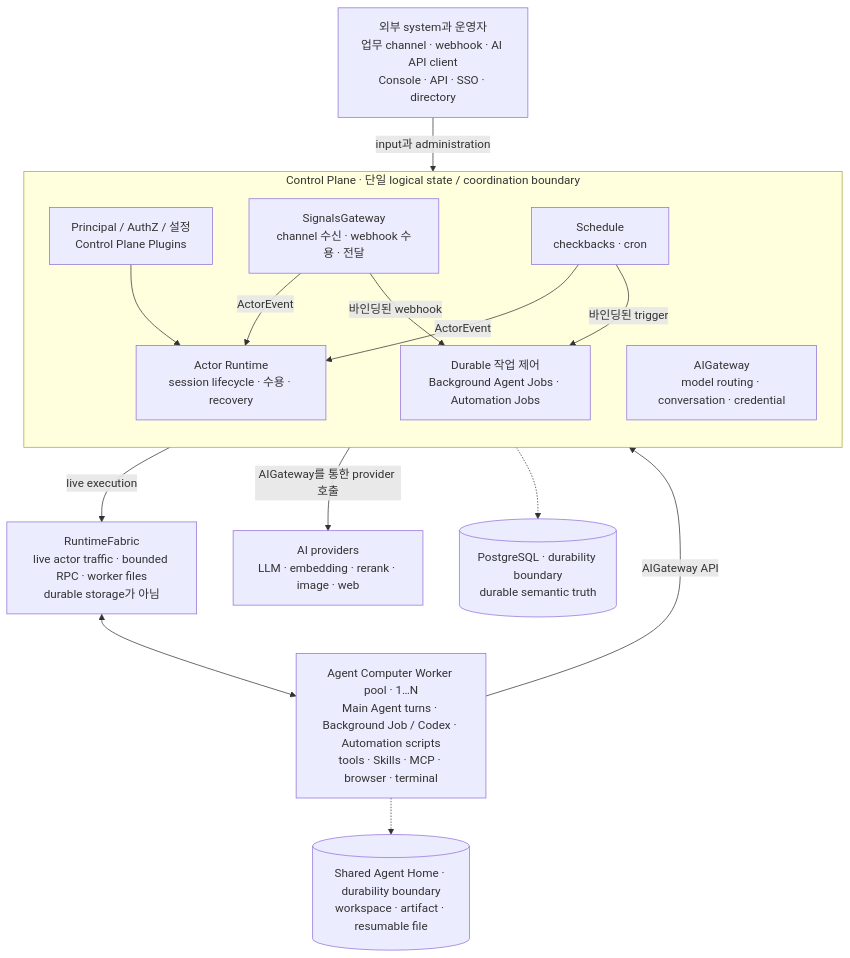
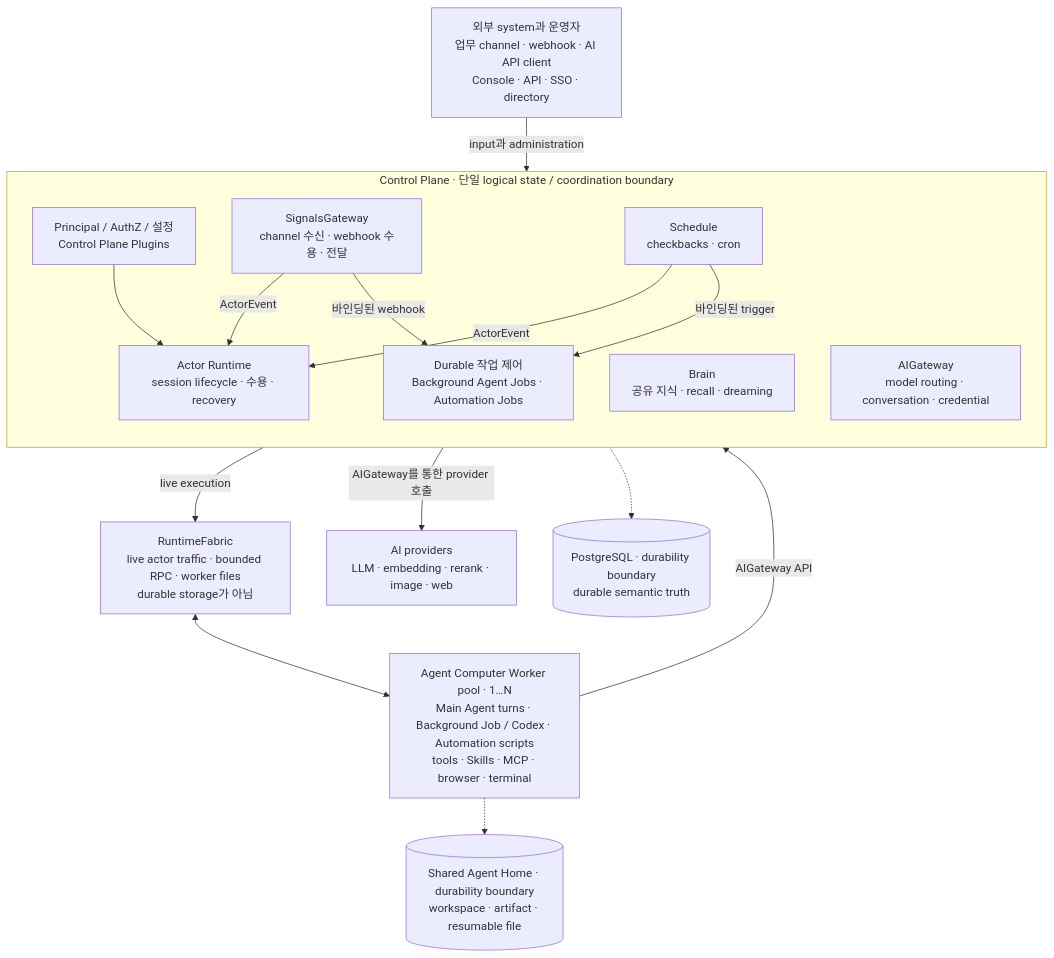
Before and after one commit to AgentBull/ankole: the diagram in README.ko.md, drawn with Mermaid. The commit also changed other lines of this file and 261 other files, not shown here.

````diff
--- a/README.ko.md
+++ b/README.ko.md
@@ -78,34 +84,35 @@
 ```mermaid
 flowchart TB
   External["외부 system과 운영자<br/>업무 channel · webhook · AI API client<br/>Console · API · SSO · directory"]
 
   subgraph Control["Control Plane · 단일 logical state / coordination boundary"]
     direction TB
     Platform["Principal / AuthZ / 설정<br/>Control Plane Plugins"]
     SG["SignalsGateway<br/>channel 수신 · webhook 수용 · 전달"]
     Schedule["Schedule<br/>checkbacks · cron"]
     Runtime["Actor Runtime<br/>session lifecycle · 수용 · recovery"]
     Jobs["Durable 작업 제어<br/>Background Agent Jobs · Automation Jobs"]
+    Brain["Brain<br/>공유 지식 · recall · dreaming"]
     AI["AIGateway<br/>model routing · conversation · credential"]
   end
 
   Fabric["RuntimeFabric<br/>live actor traffic · bounded RPC · worker files<br/>durable storage가 아님"]
   Workers["Agent Computer Worker pool · 1…N<br/>Main Agent turns · Background Job / Codex · Automation scripts<br/>tools · Skills · MCP · browser · terminal"]
   Providers["AI providers<br/>LLM · embedding · rerank · image · web"]
 
   PG[("PostgreSQL · durability boundary<br/>durable semantic truth")]
   Home[("Shared Agent Home · durability boundary<br/>workspace · artifact · resumable file")]
 
   External -->|"input과 administration"| Control
   SG -->|"ActorEvent"| Runtime
   Schedule -->|"ActorEvent"| Runtime
   SG -->|"바인딩된 webhook"| Jobs
   Schedule -->|"바인딩된 trigger"| Jobs
   Platform --> Runtime
   Control -->|"live execution"| Fabric
   Fabric <--> Workers
   Workers -->|"AIGateway API"| Control
   Control -->|"AIGateway를 통한 provider 호출"| Providers
   Control -.-> PG
   Workers -.-> Home
 ```
````
